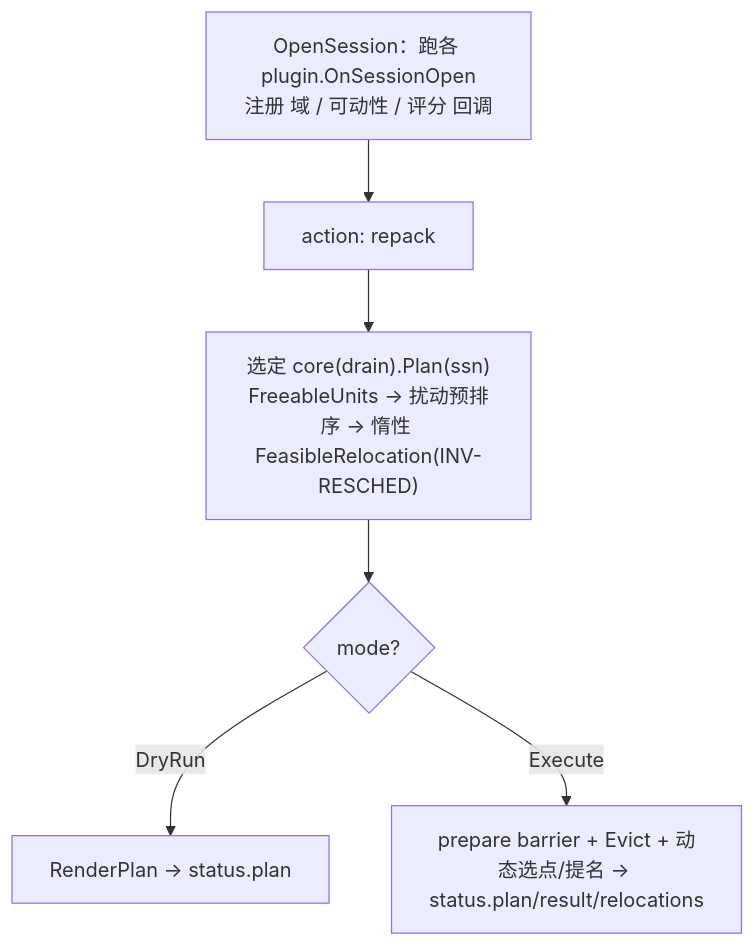
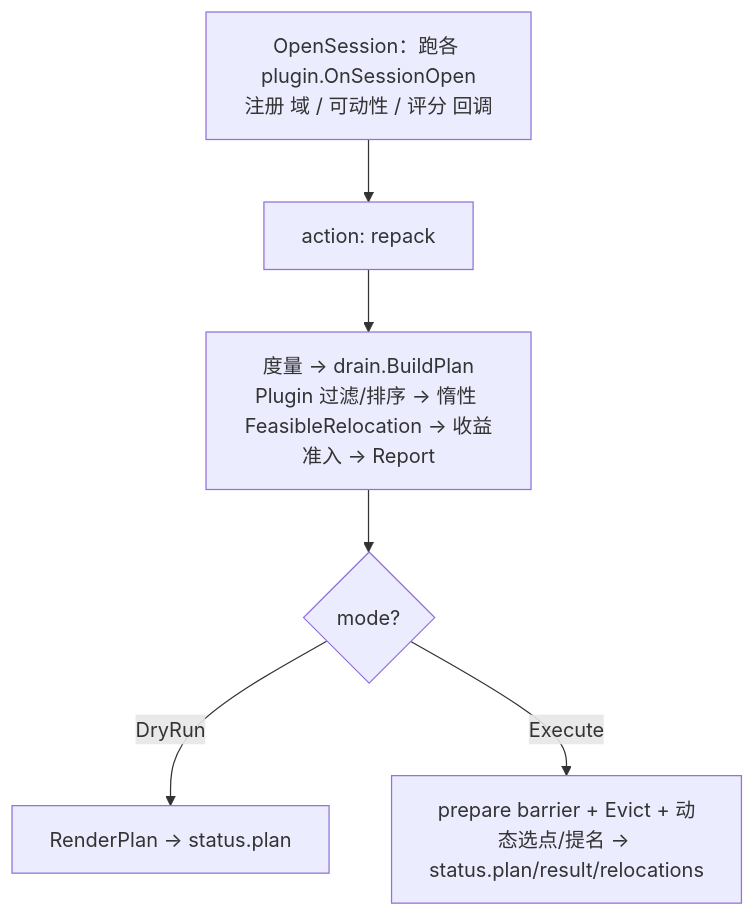
One commit to wangyang0616/volcano changed the third of 3 diagrams in docs/design/repack-runtime-defragmentation.md. Above: the diagram before and after it, drawn with Mermaid. The commit also changed other lines of this file and 41 other files, not shown here.

````diff
--- a/docs/design/repack-runtime-defragmentation.md
+++ b/docs/design/repack-runtime-defragmentation.md
@@ -1272,8 +1252,8 @@
 ```mermaid
 flowchart TD
     P["OpenSession：跑各 plugin.OnSessionOpen<br/>注册 域 / 可动性 / 评分 回调"] --> A["action: repack"]
-    A --> B["选定 core(drain).Plan(ssn)<br/>FreeableUnits → 扰动预排序 → 惰性 FeasibleRelocation(INV-RESCHED)"]
+    A --> B["度量 → drain.BuildPlan<br/>Plugin 过滤/排序 → 惰性 FeasibleRelocation → 收益准入 → Report"]
     B --> C{"mode?"}
     C -->|DryRun| E["RenderPlan → status.plan"]
     C -->|Execute| F["prepare barrier + Evict + 动态选点/提名 → status.plan/result/relocations"]
 ```
````
